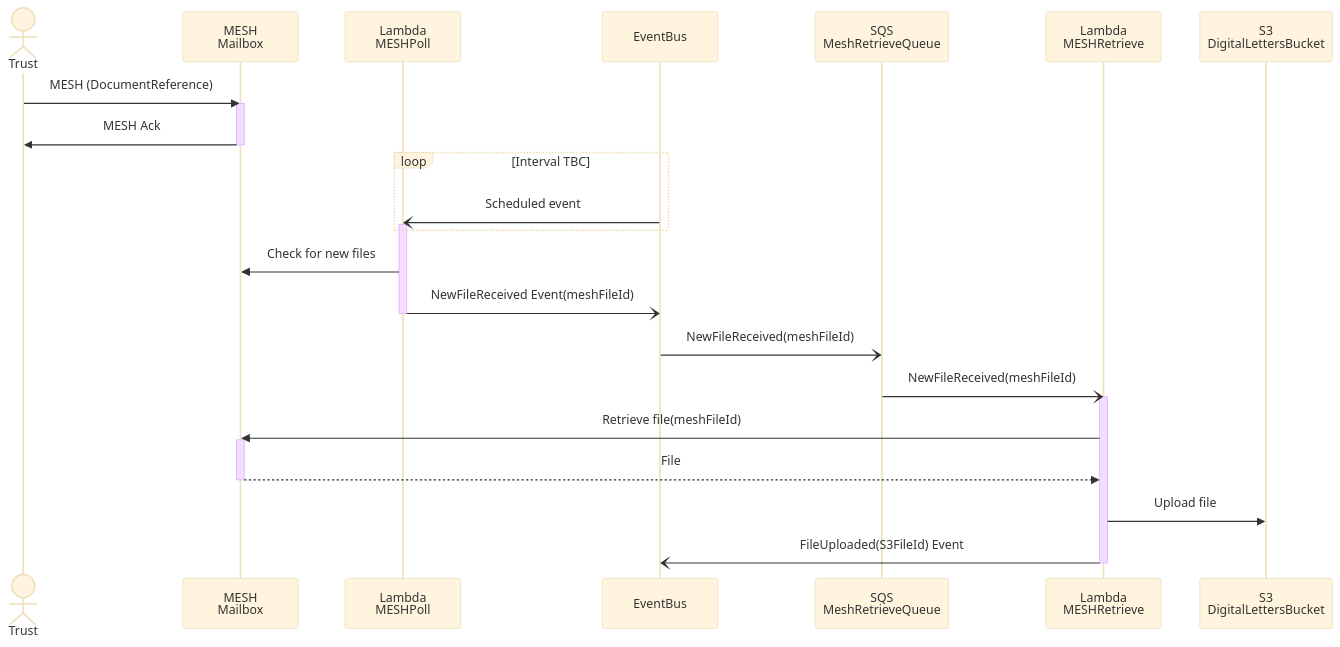
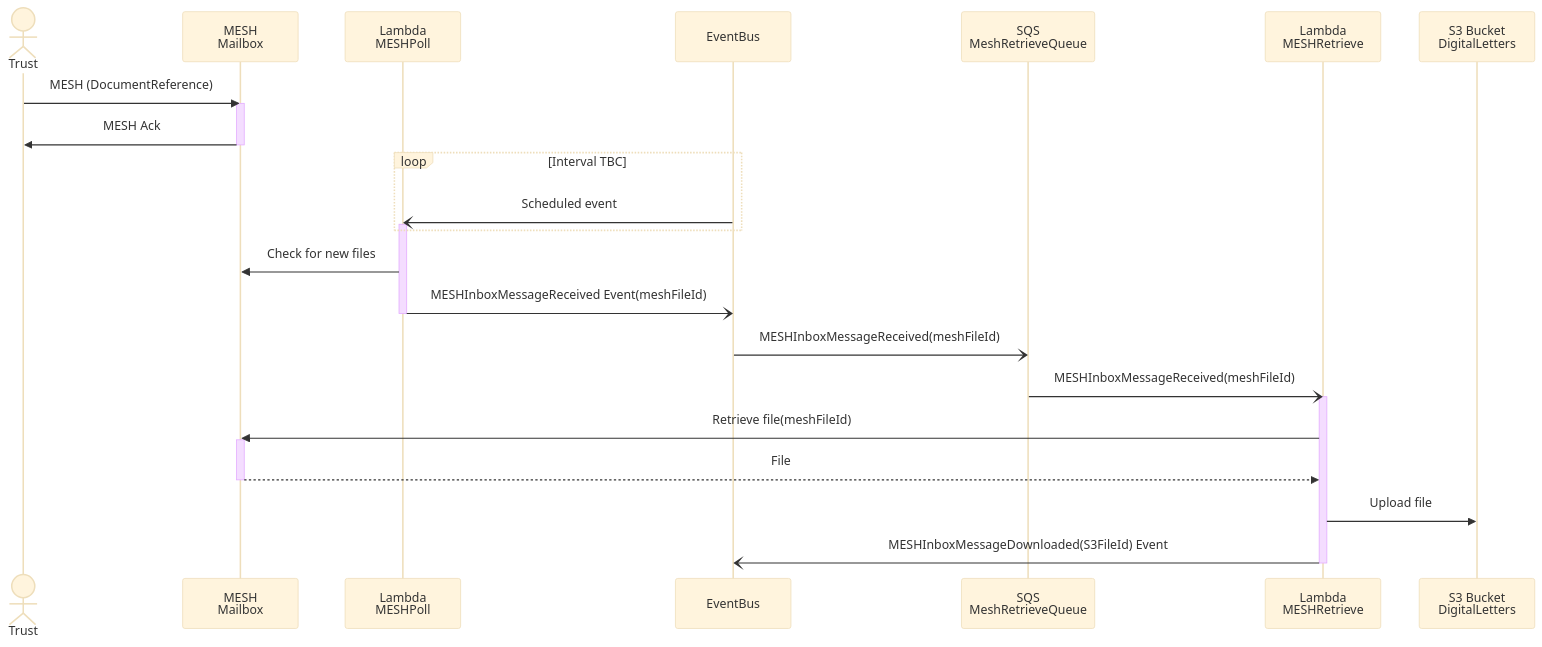
One commit to NHSDigital/nhs-notify-digital-letters changed the diagram in docs/diagrams/mesh-sequence.md. Above: the diagram before and after it, drawn with Mermaid (base theme). The commit also changed 18 other files, not shown here.

Commit message:
CCM-12774: Add event documentation for digital letter read, PDM file saved, retries exceeded, unavailable, and daily report

````diff
--- a/docs/diagrams/mesh-sequence.md
+++ b/docs/diagrams/mesh-sequence.md
@@ -14,35 +14,35 @@
 ```mermaid
 
 sequenceDiagram
   actor trust as Trust
   participant meshMailbox as MESH<br/>Mailbox
   participant meshPoll as Lambda<br/>MESHPoll
   participant eventBus as EventBus
   participant sqs as SQS<br/>MeshRetrieveQueue
   participant meshRetrieve  as Lambda<br/>MESHRetrieve
-  participant s3 as S3<br/>DigitalLettersBucket
+  participant s3 as S3 Bucket<br/>DigitalLetters
 
   trust ->> meshMailbox: MESH (DocumentReference)
   activate meshMailbox
     meshMailbox ->> trust: MESH Ack
   deactivate meshMailbox
 
   Loop Interval TBC
     eventBus -) meshPoll: Scheduled event
     activate meshPoll
   end
   meshPoll ->> meshMailbox: Check for new files
-  meshPoll -) eventBus: NewFileReceived Event(meshFileId)
+  meshPoll -) eventBus: MESHInboxMessageReceived Event(meshFileId)
   deactivate meshPoll
 
-  eventBus -) sqs: NewFileReceived(meshFileId)
-  sqs -) meshRetrieve: NewFileReceived(meshFileId)
+  eventBus -) sqs: MESHInboxMessageReceived(meshFileId)
+  sqs -) meshRetrieve: MESHInboxMessageReceived(meshFileId)
   activate meshRetrieve
     meshRetrieve ->> meshMailbox: Retrieve file(meshFileId)
     activate meshMailbox
       meshMailbox -->> meshRetrieve: File
     deactivate meshMailbox
     meshRetrieve ->> s3: Upload file
-    meshRetrieve -) eventBus: FileUploaded(S3FileId) Event
+    meshRetrieve -) eventBus: MESHInboxMessageDownloaded(S3FileId) Event
   deactivate meshRetrieve
 ```
````
